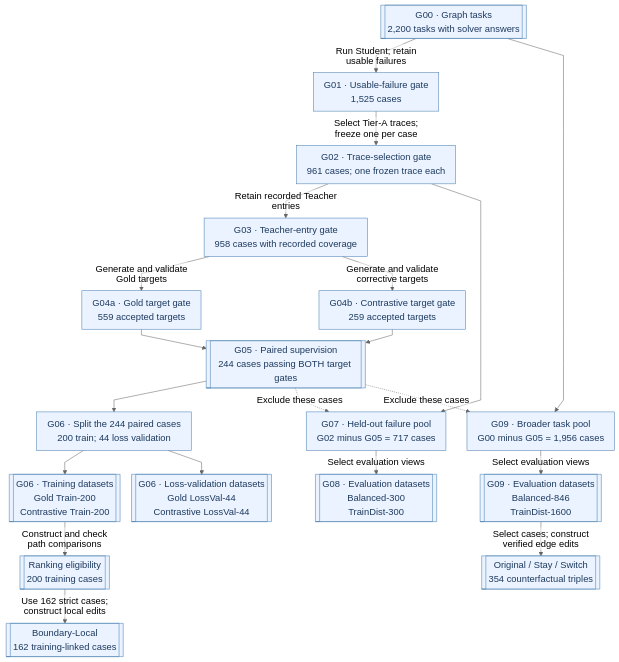
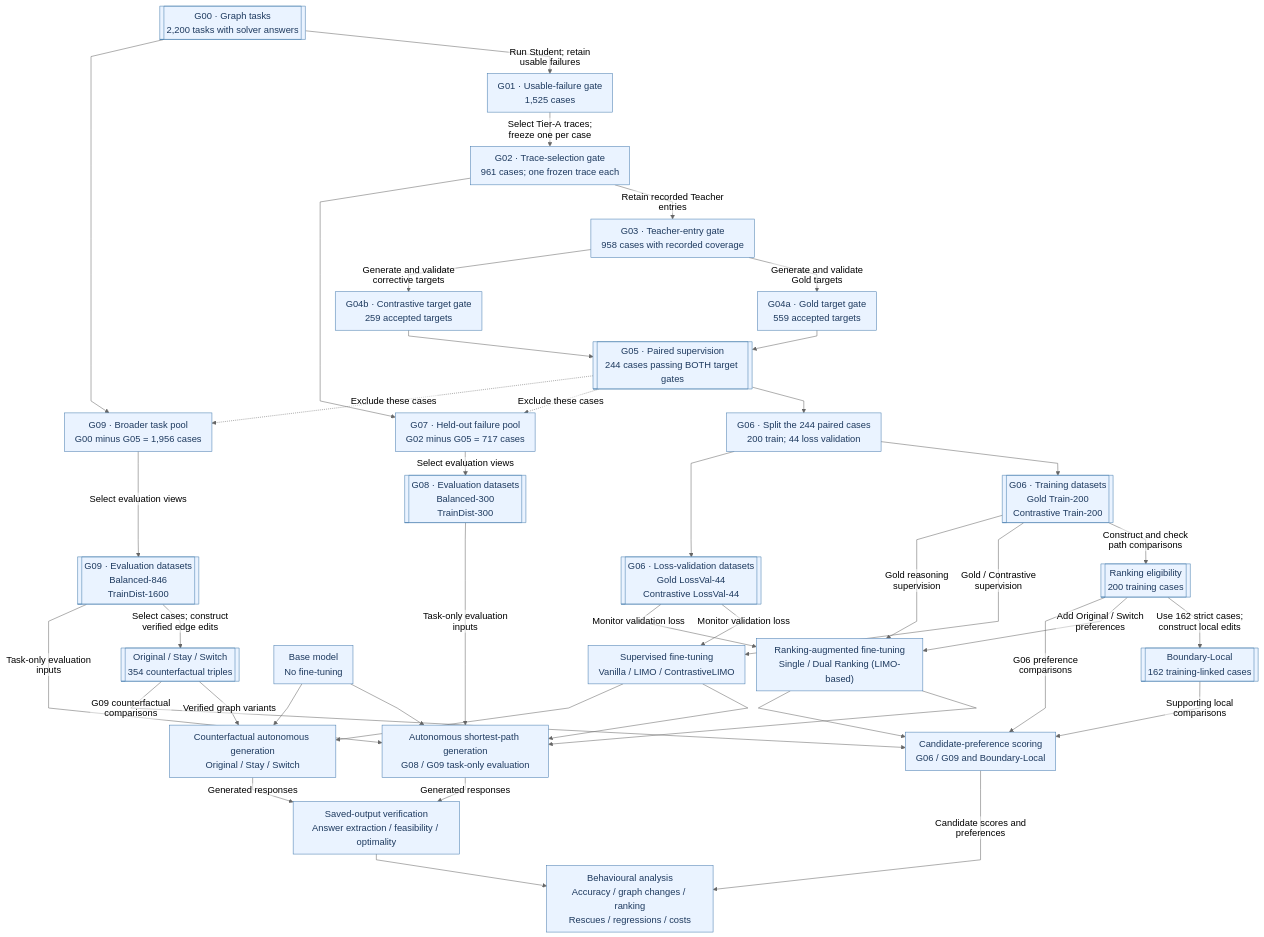
The diagram in README.md (MinervaCyy/PathFACT), drawn with Mermaid before and after one commit. The commit also changed other lines of this file, not shown here.

Commit message:
Clarify PathFACT research workflow in README
Updated the README.md to clarify the PathFACT research workflow, including detailed descriptions of dataset construction, training methods, evaluation pathways, and execution boundaries.

````diff
--- a/README.md
+++ b/README.md
@@ -30,7 +31,7 @@
 }}%%
 flowchart TB
 
-    %% CONSTRUCTION BACKBONE
+    %% PART A: STUDENT-TEACHER DATA CONSTRUCTION
 
     G00[["G00 · Graph tasks<br/>2,200 tasks with solver answers"]]
 
@@ -53,7 +54,7 @@
     G04A --> G05
     G04B --> G05
 
-    %% G06: MATCHED TRAINING AND LOSS-VALIDATION DATA
+    %% G06: MATCHED TRAINING AND LOSS VALIDATION
 
     G06["G06 · Split the 244 paired cases<br/>200 train; 44 loss validation"]
 
@@ -65,7 +66,7 @@
     G06 --> TRAIN
     G06 --> VAL
 
-    %% EVALUATION: TWO DIFFERENT SOURCE POOLS
+    %% EVALUATION DATASET CONSTRUCTION
 
     G07["G07 · Held-out failure pool<br/>G02 minus G05 = 717 cases"]
 
@@ -84,7 +85,7 @@
     G07 -->|"Select evaluation views"| G08
     POOL09 -->|"Select evaluation views"| G09
 
-    %% DERIVED DATA: CONNECT TO THE CORRECT PARENTS
+    %% DERIVED DATASETS
 
     RANK[["Ranking eligibility<br/>200 training cases"]]
 
@@ -97,5 +98,59 @@
 
     G09 -->|"Select cases; construct verified edge edits"| CF
 
+    %% PART B: MODEL TRAINING
+    %% EXTERNAL RESEARCHER-MANAGED ENVIRONMENT
+
+    BASE["Base model<br/>No fine-tuning"]
+
+    SFT["Supervised fine-tuning<br/>Vanilla / LIMO / ContrastiveLIMO"]
+
+    RANKTRAIN["Ranking-augmented fine-tuning<br/>Single / Dual Ranking (LIMO-based)"]
+
+    TRAIN -->|"Gold / Contrastive supervision"| SFT
+    VAL -->|"Monitor validation loss"| SFT
+
+    TRAIN -->|"Gold reasoning supervision"| RANKTRAIN
+    RANK -->|"Add Original / Switch preferences"| RANKTRAIN
+    VAL -->|"Monitor validation loss"| RANKTRAIN
+
+    %% PART C: MODEL-DEPENDENT EVALUATION
+
+    TASK_EVAL["Autonomous shortest-path generation<br/>G08 / G09 task-only evaluation"]
+
+    CF_EVAL["Counterfactual autonomous generation<br/>Original / Stay / Switch"]
+
+    PREF_EVAL["Candidate-preference scoring<br/>G06 / G09 and Boundary-Local"]
+
+    BASE --> TASK_EVAL
+    SFT --> TASK_EVAL
+    RANKTRAIN --> TASK_EVAL
+
+    G08 -->|"Task-only evaluation inputs"| TASK_EVAL
+    G09 -->|"Task-only evaluation inputs"| TASK_EVAL
+
+    BASE --> CF_EVAL
+    SFT --> CF_EVAL
+    CF -->|"Verified graph variants"| CF_EVAL
+
+    RANKTRAIN --> PREF_EVAL
+    RANK -->|"G06 preference comparisons"| PREF_EVAL
+    CF -->|"G09 counterfactual comparisons"| PREF_EVAL
+    BOUNDARY -->|"Supporting local comparisons"| PREF_EVAL
+
+    %% PART D: VERIFICATION AND ANALYSIS
+
+    VERIFY["Saved-output verification<br/>Answer extraction / feasibility / optimality"]
+
+    ANALYSIS["Behavioural analysis<br/>Accuracy / graph changes / ranking<br/>Rescues / regressions / costs"]
+
+    TASK_EVAL -->|"Generated responses"| VERIFY
+    CF_EVAL -->|"Generated responses"| VERIFY
+
+    VERIFY --> ANALYSIS
+    PREF_EVAL -->|"Candidate scores and preferences"| ANALYSIS
+
+    %% SHARED NODE STYLE
+
     classDef default fill:#EAF3FF,stroke:#477CAF,color:#1E3A5F
 ```
````
